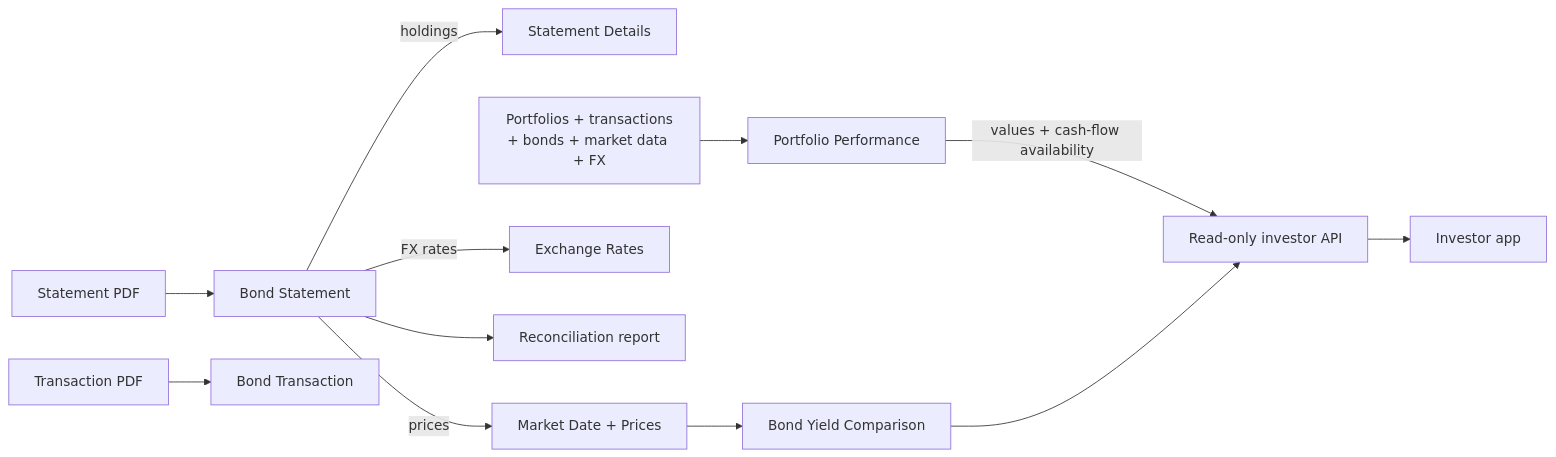
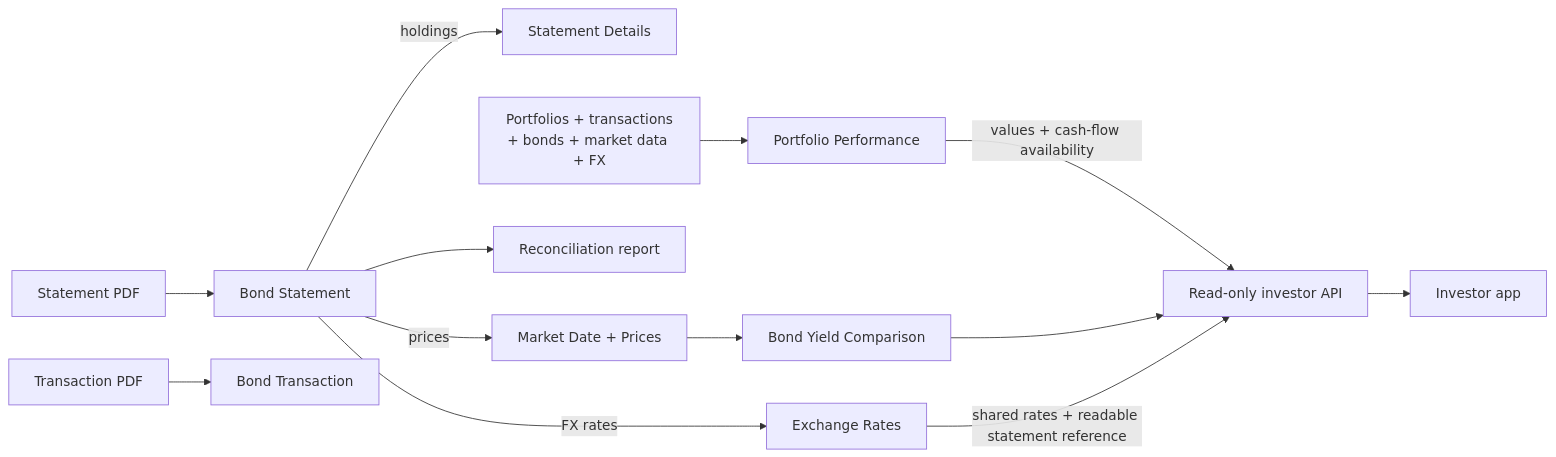
Before and after one commit to dee-pat/bond_management: the second of 2 diagrams in docs/domain-model.md, drawn with Mermaid. The commit also changed other lines of this file and 10 other files, not shown here.

First line of the commit message:
Protect representative statement provenance on shared exchange rates (#19)

````diff
--- a/docs/domain-model.md
+++ b/docs/domain-model.md
@@ -62,22 +62,23 @@
 ```mermaid
 flowchart LR
     SPDF["Statement PDF"] --> BS["Bond Statement"]
     TPDF["Transaction PDF"] --> BT["Bond Transaction"]
 
     BS -->|"holdings"| BSD["Statement Details"]
     BS -->|"prices"| MARKET["Market Date + Prices"]
     BS -->|"FX rates"| FX["Exchange Rates"]
     BS --> REPORT["Reconciliation report"]
 
     DATA["Portfolios + transactions<br/>+ bonds + market data + FX"]
     PP["Portfolio Performance"]
     YIELD["Bond Yield Comparison"]
     API["Read-only investor API"]
     SPA["Investor app"]
 
     DATA --> PP
     MARKET --> YIELD
     PP -->|"values + cash-flow availability"| API
     YIELD --> API
+    FX -->|"shared rates + readable statement reference"| API
     API --> SPA
 ```
````
